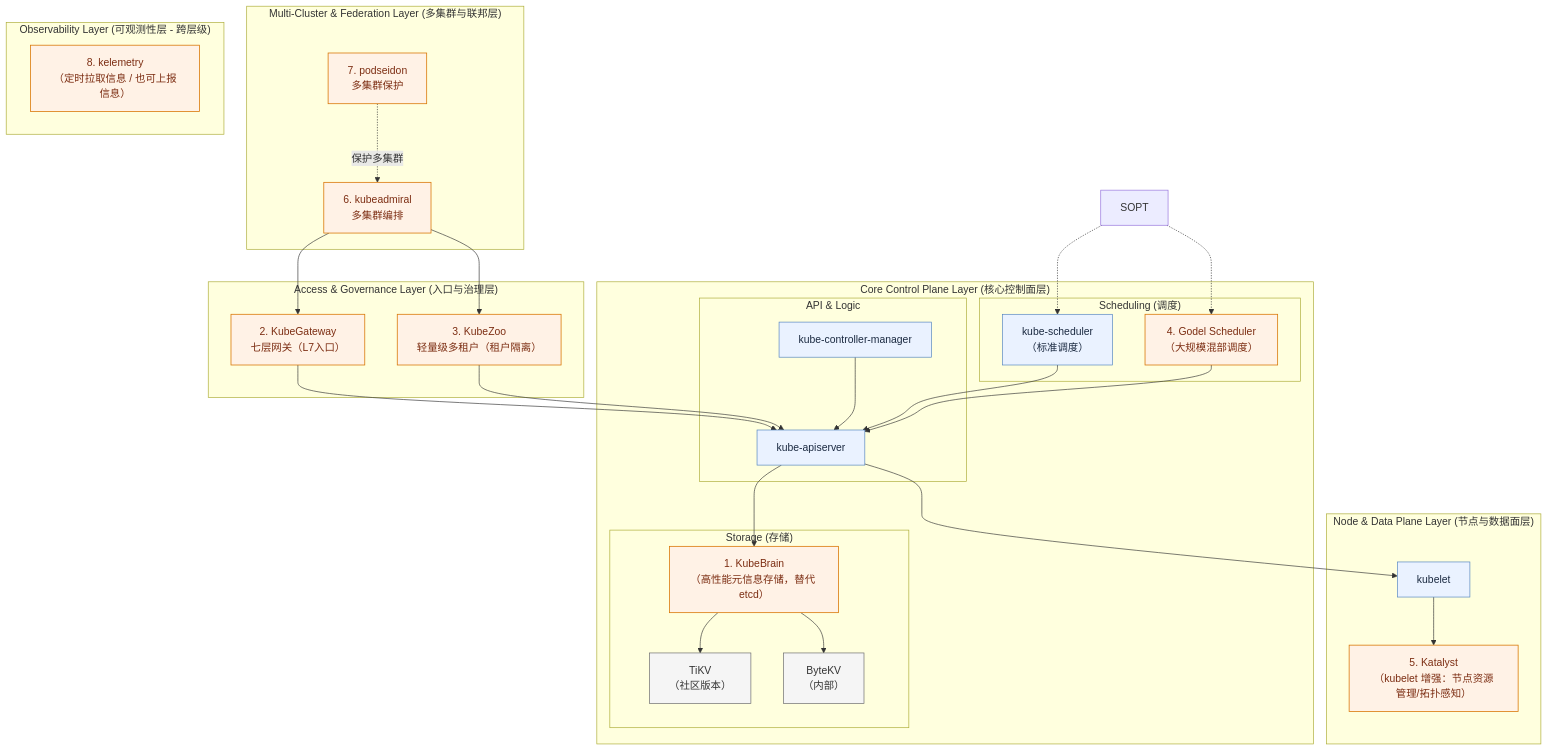
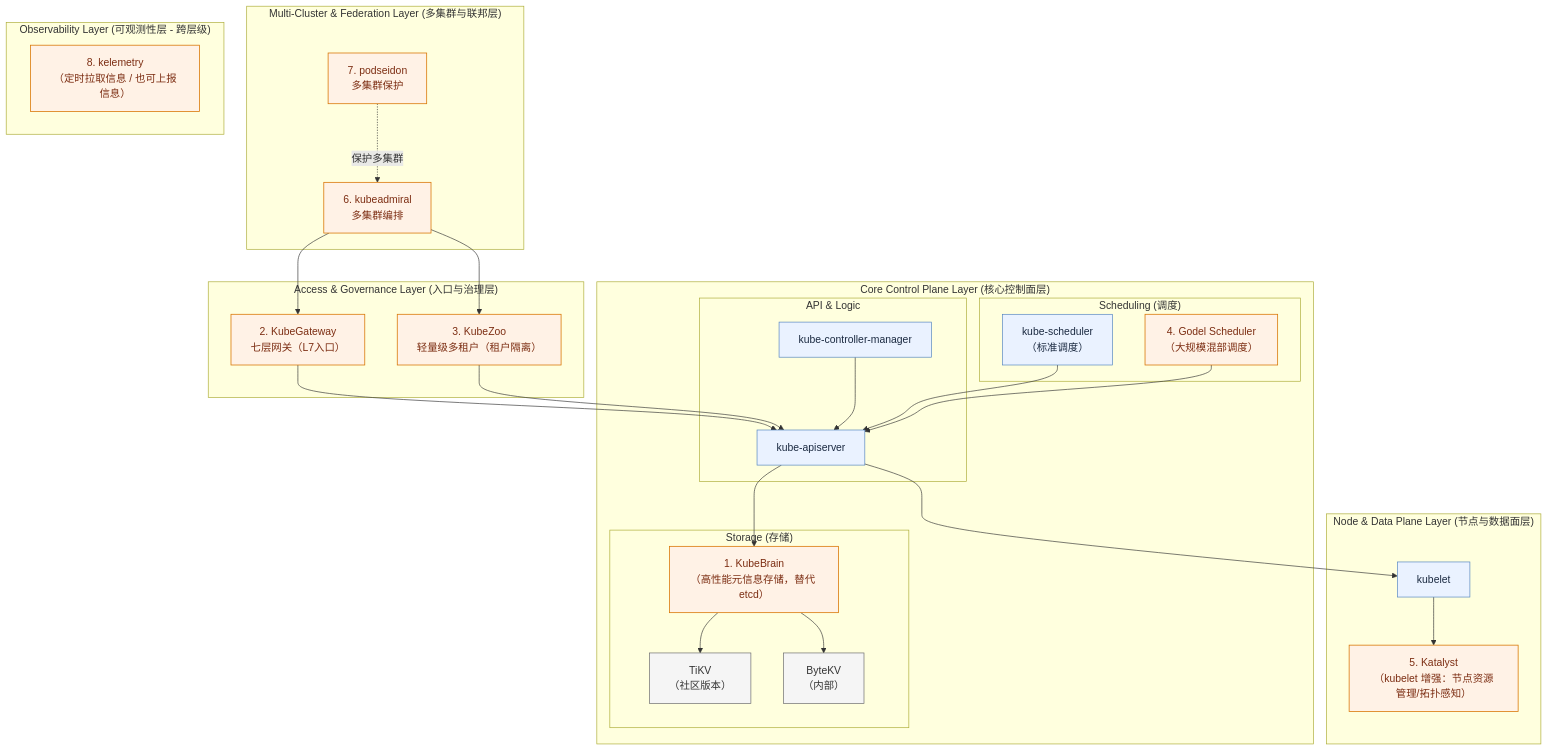
One commit to pacoxu/AI-Infra changed the diagram in case-study/bytedance.md. Above: the diagram before and after it, drawn with Mermaid.

Commit message:
Remove redundant SOPT mappings
Removed redundant mappings for SOPT in the document.

````diff
--- a/case-study/bytedance.md
+++ b/case-study/bytedance.md
@@ -18,63 +18,61 @@
 ```mermaid
 flowchart TB
   subgraph L1["Multi-Cluster & Federation Layer (多集群与联邦层)"]
     KA["6. kubeadmiral<br/>多集群编排"]
     PS["7. podseidon<br/>多集群保护"]
   end
 
   subgraph L2["Access & Governance Layer (入口与治理层)"]
     KGW["2. KubeGateway<br/>七层网关（L7入口）"]
     KZZ["3. KubeZoo<br/>轻量级多租户（租户隔离）"]
   end
 
   subgraph L3["Core Control Plane Layer (核心控制面层)"]
     subgraph API["API & Logic"]
       KAS["kube-apiserver"]
       KCM["kube-controller-manager"]
     end
 
     subgraph SCH["Scheduling (调度)"]
       KSCH["kube-scheduler<br/>（标准调度）"]
       GODEL["4. Godel Scheduler<br/>（大规模混部调度）"]
     end
 
     subgraph STO["Storage (存储)"]
       KB["1. KubeBrain<br/>（高性能元信息存储，替代 etcd）"]
       TIKV["TiKV<br/>（社区版本）"]
       BKV["ByteKV<br/>（内部）"]
     end
   end
 
   subgraph L4["Node & Data Plane Layer (节点与数据面层)"]
     KLET["kubelet"]
     KAT["5. Katalyst<br/>（kubelet 增强：节点资源管理/拓扑感知）"]
   end
 
   subgraph L5["Observability Layer (可观测性层 - 跨层级)"]
     KEL["8. kelemetry<br/>（定时拉取信息 / 也可上报信息）"]
   end
 
   KA --> KGW
   KA --> KZZ
   PS -. 保护多集群 .-> KA
   KGW --> KAS
   KZZ --> KAS
   KCM --> KAS
   KSCH --> KAS
   GODEL --> KAS
-  SOPT -.-> KSCH
-  SOPT -.-> GODEL
   KAS --> KB
   KB --> TIKV
   KB --> BKV
   KAS --> KLET
   KLET --> KAT
 
   classDef std fill:#eaf2ff,stroke:#4f81bd,color:#1b2a41,stroke-width:1px;
   classDef bt fill:#fff2e6,stroke:#d97706,color:#7c2d12,stroke-width:1.2px;
   classDef backend fill:#f5f5f5,stroke:#666,color:#333,stroke-width:1px;
 
   class KAS,KCM,KSCH,KLET std;
   class KA,PS,KGW,KZZ,GODEL,KB,KAT,KEL bt;
   class TIKV,BKV backend;
 ```
````
